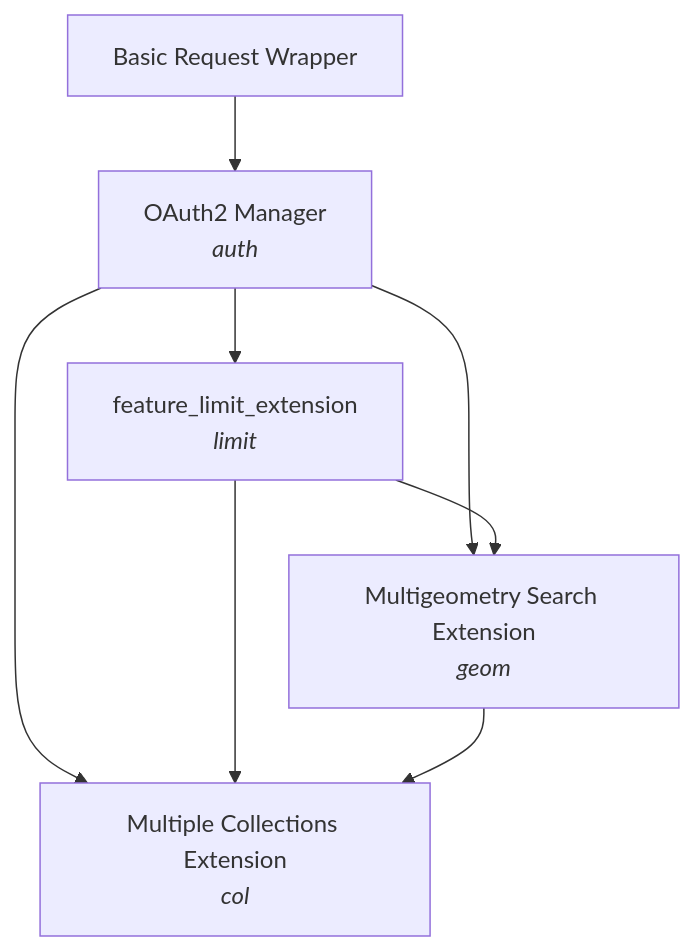
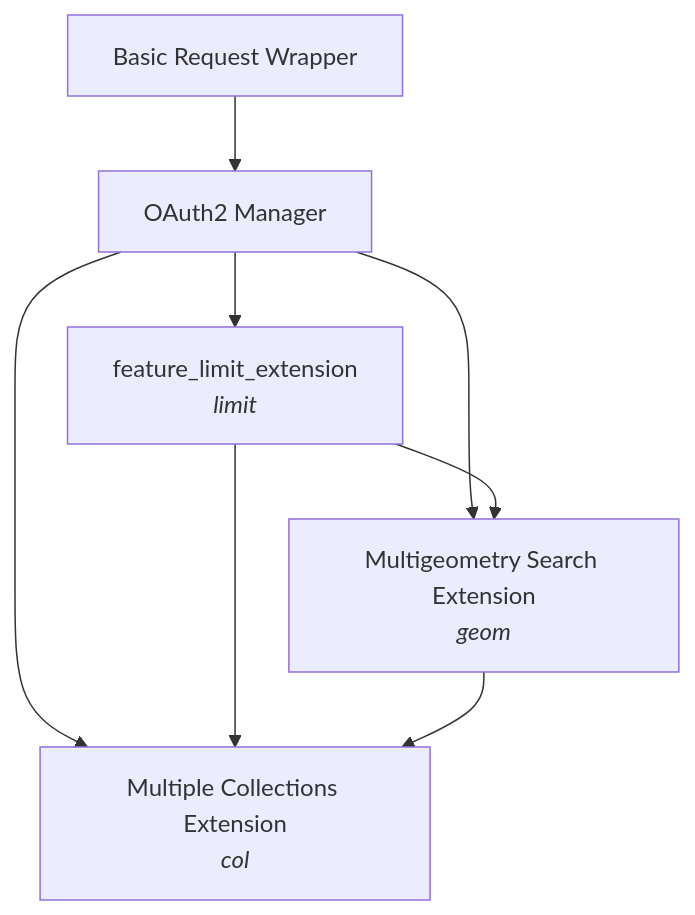
Before and after one commit to Geovation/catalyst-ngd-wrappers-azure: the diagram in README.md, drawn with Mermaid. The commit also changed 1 other file, not shown here.

Commit message:
remove_query_params func

````diff
--- a/README.md
+++ b/README.md
@@ -9,10 +9,10 @@
 ```mermaid
 graph TD
     X[Basic Request Wrapper] --> A[OAuth2_manager]
-    A[OAuth2 Manager<br><em>auth</em>] --> B[feature_limit_extension<br><em>limit</em>]
+    A[OAuth2 Manager] --> B[feature_limit_extension<br><em>limit</em>]
     A --> C[Multigeometry Search Extension<br><em>geom</em>]
     A --> D[Multiple Collections Extension<br><em>col</em>]
     B --> C
     B --> D
     C --> D
 ```
````
